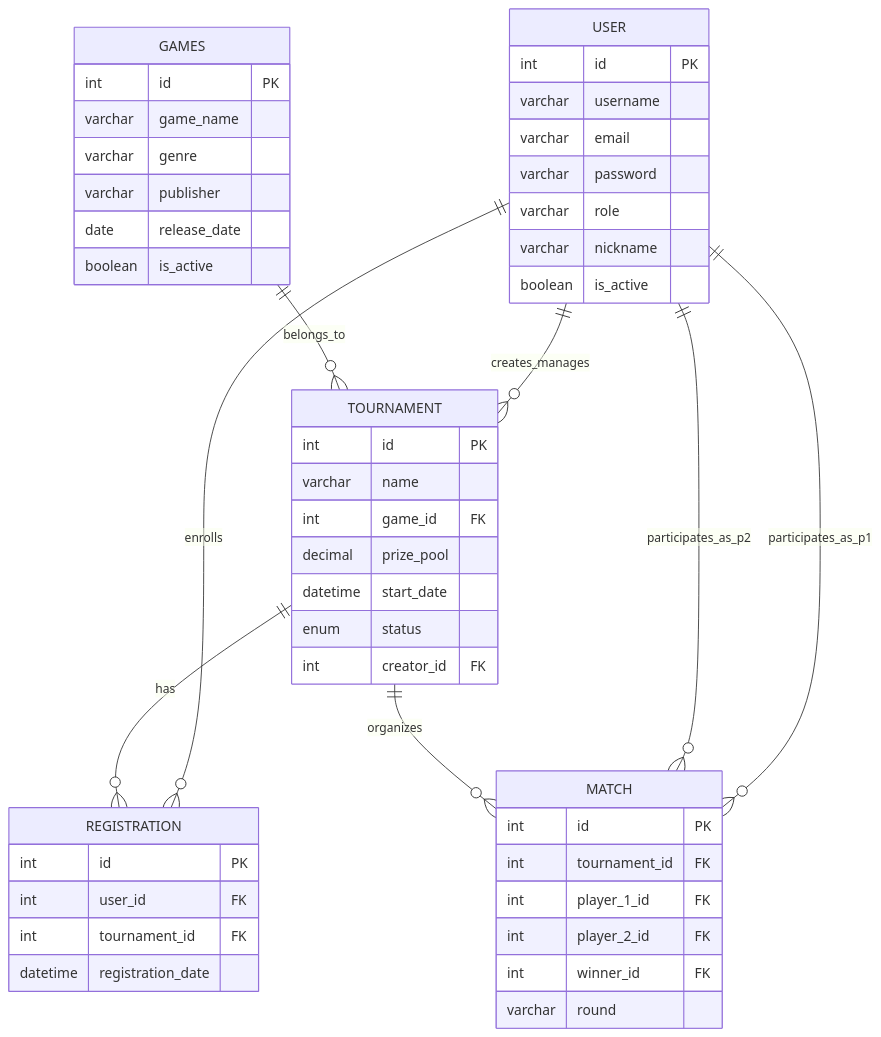
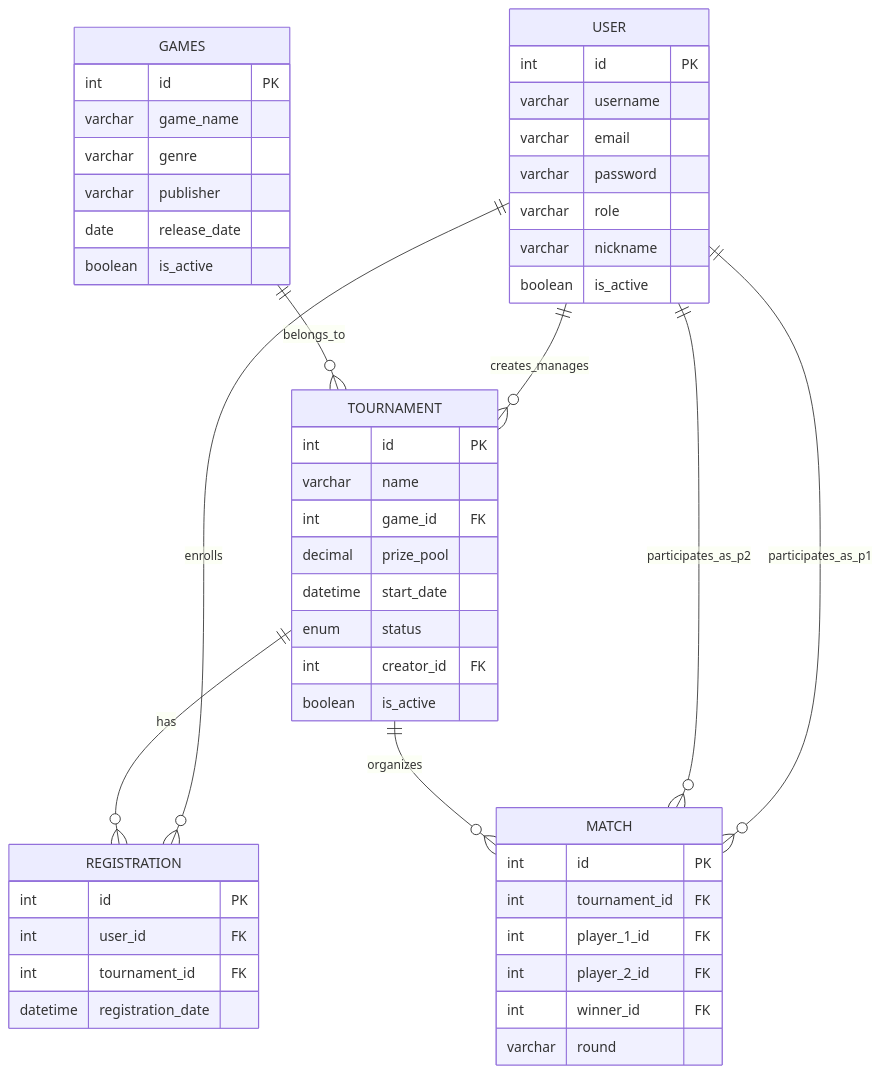
The diagram in docs/erd_diagram.md (olazocaamano/VideoGames-Tournament), drawn with Mermaid before and after one commit. The commit also changed 8 other files, not shown here.

````diff
--- a/docs/erd_diagram.md
+++ b/docs/erd_diagram.md
@@ -1,55 +1,56 @@
 ```mermaid
 erDiagram
     USER ||--o{ TOURNAMENT : "creates_manages"
     USER ||--o{ REGISTRATION : "enrolls"
     USER ||--o{ MATCH : "participates_as_p1"
     USER ||--o{ MATCH : "participates_as_p2"
     TOURNAMENT ||--o{ REGISTRATION : "has"
     TOURNAMENT ||--o{ MATCH : "organizes"
     GAMES ||--o{ TOURNAMENT : "belongs_to"
 
     USER {
         int id PK
         varchar username
         varchar email
         varchar password
         varchar role
         varchar nickname
         boolean is_active
     }
 
     GAMES {
         int id PK
         varchar game_name
         varchar genre
         varchar publisher
         date release_date
         boolean is_active
     }
 
     TOURNAMENT {
         int id PK
         varchar name
         int game_id FK
         decimal prize_pool
         datetime start_date
         enum status
         int creator_id FK
+        boolean is_active
     }
 
     REGISTRATION {
         int id PK
         int user_id FK
         int tournament_id FK
         datetime registration_date
     }
 
     MATCH {
         int id PK
         int tournament_id FK
         int player_1_id FK
         int player_2_id FK
         int winner_id FK
         varchar round
     }
 ```
````
